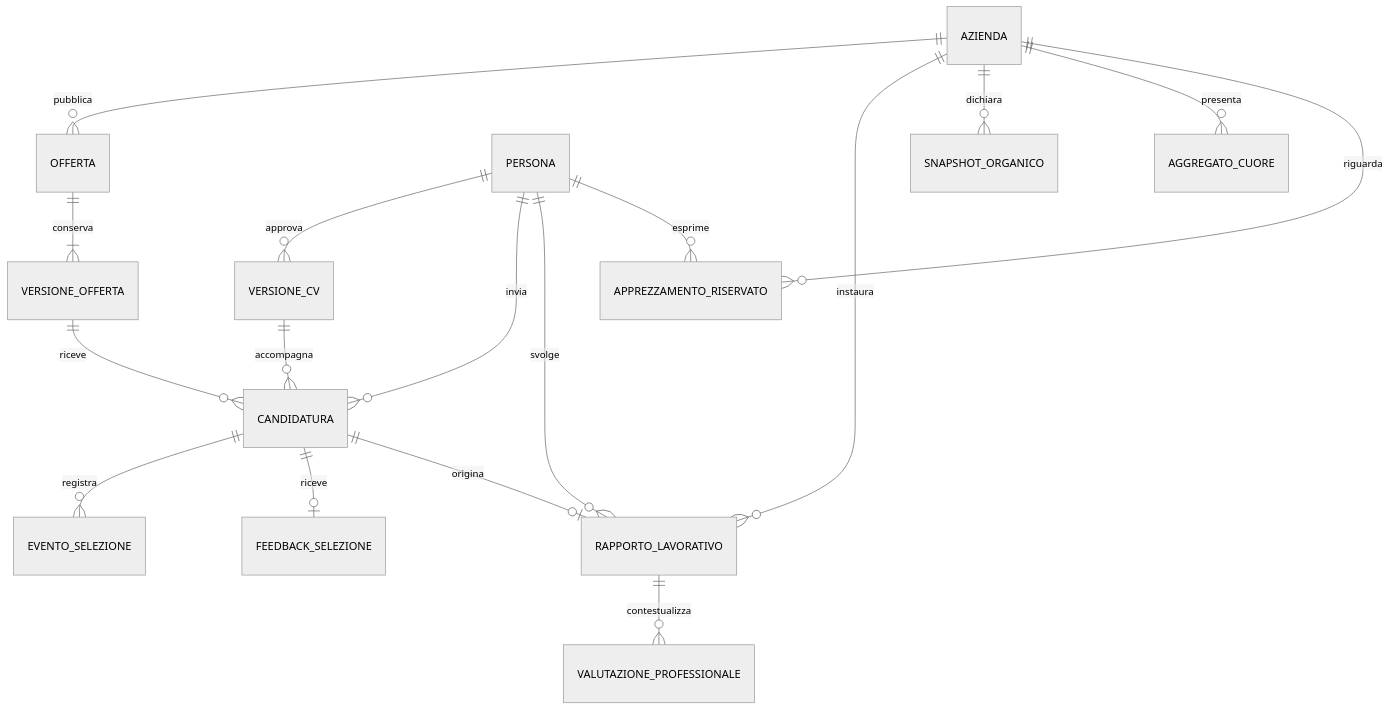
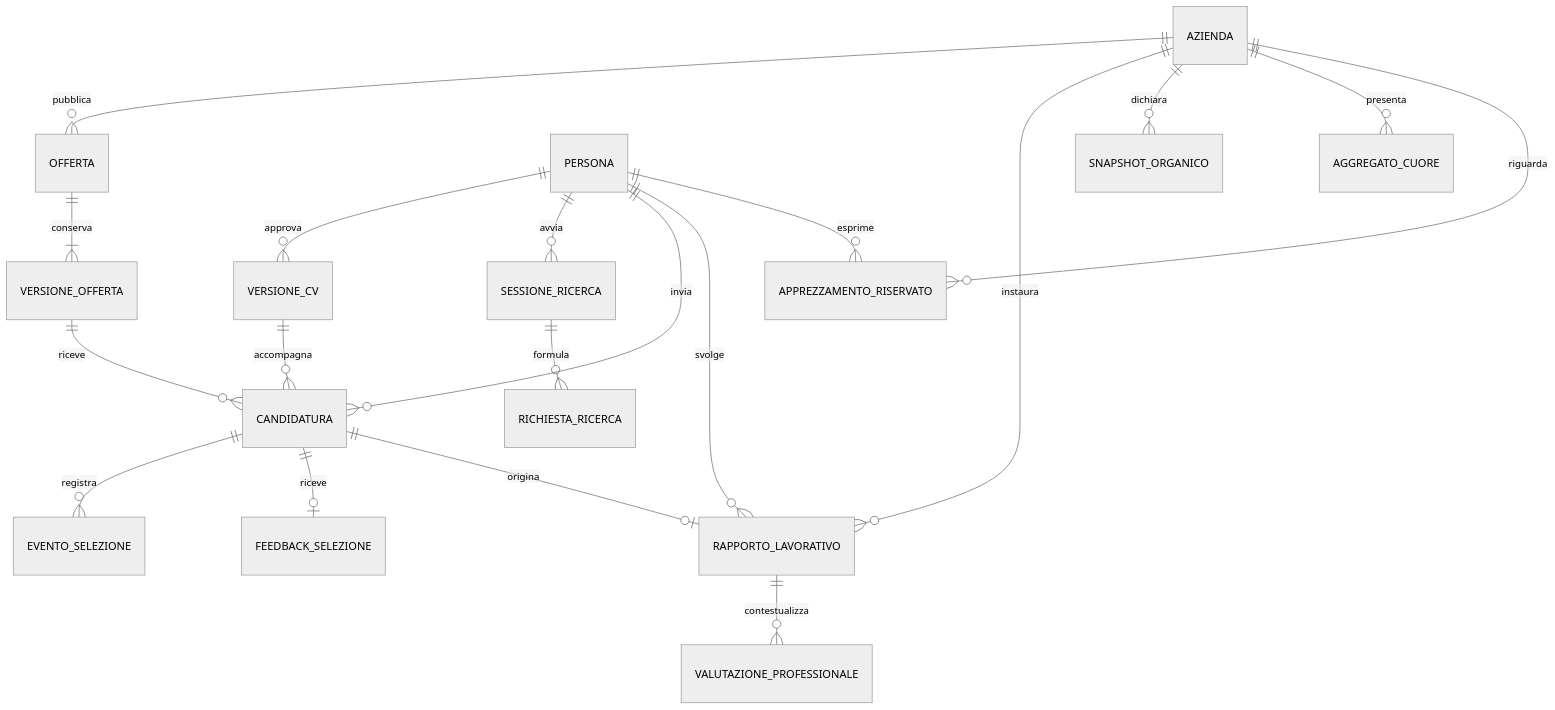
Before and after one commit to mdelorenzidev/smart-talent-match: the diagram in MODELLO_DATI_E_FLUSSI.md, drawn with Mermaid (neutral theme). The commit also changed other lines of this file and 8 other files, not shown here.

````diff
--- a/MODELLO_DATI_E_FLUSSI.md
+++ b/MODELLO_DATI_E_FLUSSI.md
@@ -7,19 +7,21 @@
 ```mermaid
 erDiagram
     AZIENDA ||--o{ OFFERTA : pubblica
     OFFERTA ||--|{ VERSIONE_OFFERTA : conserva
     PERSONA ||--o{ VERSIONE_CV : approva
+    PERSONA ||--o{ SESSIONE_RICERCA : avvia
+    SESSIONE_RICERCA ||--o{ RICHIESTA_RICERCA : formula
     PERSONA ||--o{ CANDIDATURA : invia
     VERSIONE_OFFERTA ||--o{ CANDIDATURA : riceve
     VERSIONE_CV ||--o{ CANDIDATURA : accompagna
     CANDIDATURA ||--o{ EVENTO_SELEZIONE : registra
     CANDIDATURA ||--o| FEEDBACK_SELEZIONE : riceve
     CANDIDATURA ||--o| RAPPORTO_LAVORATIVO : origina
     AZIENDA ||--o{ RAPPORTO_LAVORATIVO : instaura
     PERSONA ||--o{ RAPPORTO_LAVORATIVO : svolge
     RAPPORTO_LAVORATIVO ||--o{ VALUTAZIONE_PROFESSIONALE : contestualizza
     AZIENDA ||--o{ SNAPSHOT_ORGANICO : dichiara
     AZIENDA ||--o{ AGGREGATO_CUORE : presenta
     PERSONA ||--o{ APPREZZAMENTO_RISERVATO : esprime
     AZIENDA ||--o{ APPREZZAMENTO_RISERVATO : riguarda
 ```
````
